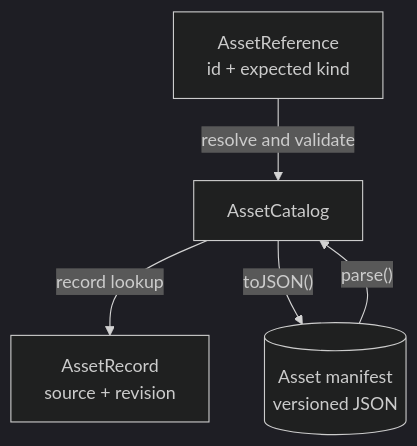
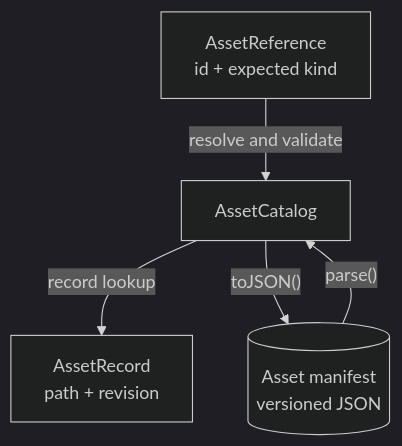
One commit to JollyPixel/editor changed the diagram in packages/asset/docs/concepts/identity-and-persistence.md. Above: the diagram before and after it, drawn with Mermaid (dark theme). The commit also changed other lines of this file and 135 other files, not shown here.

````diff
--- a/packages/asset/docs/concepts/identity-and-persistence.md
+++ b/packages/asset/docs/concepts/identity-and-persistence.md
@@ -6,12 +6,12 @@
 ```mermaid
 flowchart TB
     Reference["AssetReference<br/>id + expected kind"]
     Catalog["AssetCatalog"]
-    Record["AssetRecord<br/>source + revision"]
+    Record["AssetRecord<br/>path + revision"]
     Manifest[("Asset manifest<br/>versioned JSON")]
 
     Reference -->|"resolve and validate"| Catalog
     Catalog -->|"record lookup"| Record
     Catalog -->|"toJSON()"| Manifest
     Manifest -->|"parse()"| Catalog
 ```
````
